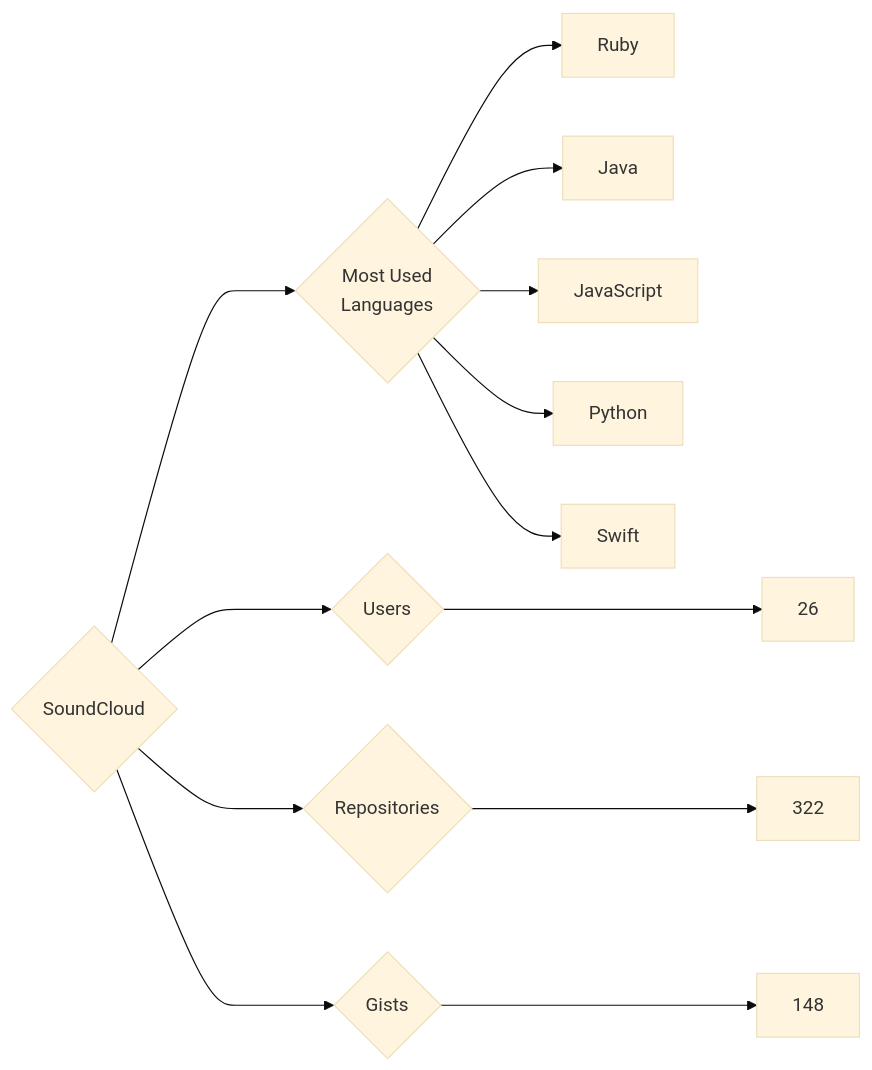
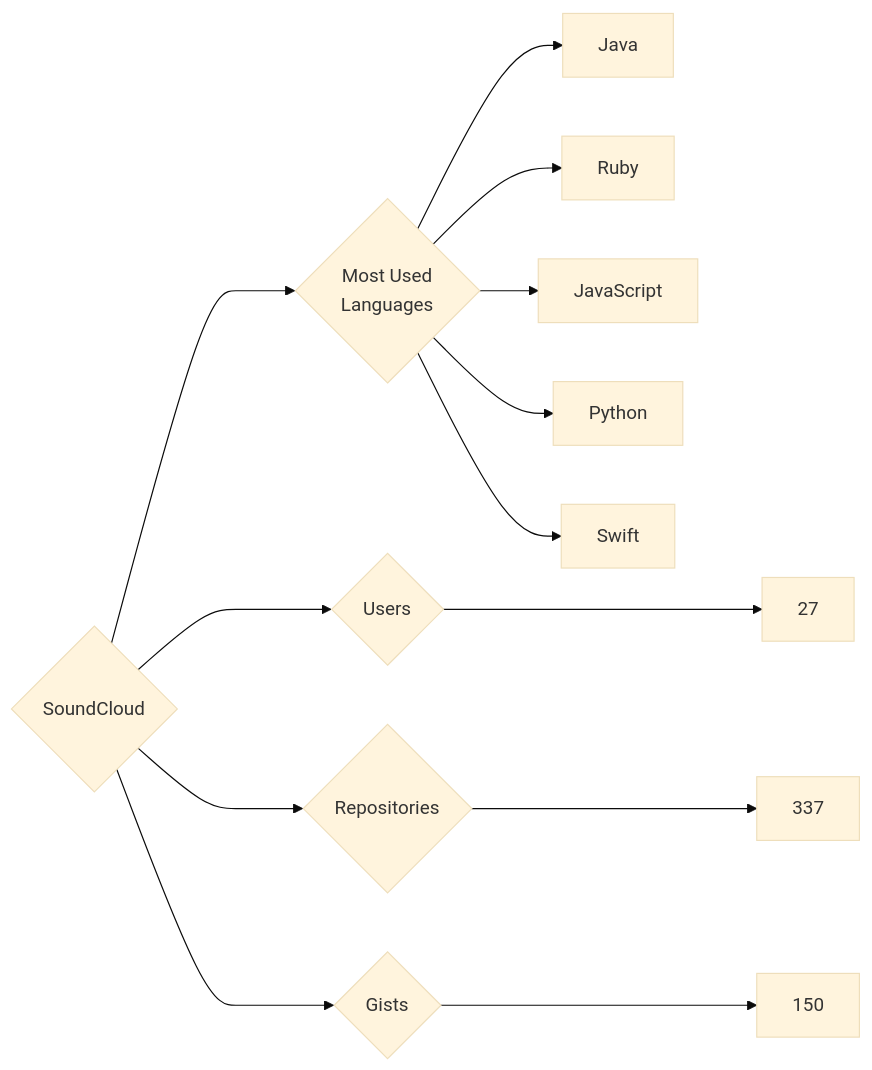
Before and after one commit to trickest/insiders: the diagram in targets/SoundCloud/README.md, drawn with Mermaid (base theme). The commit also changed 806 other files, not shown here.

````diff
--- a/targets/SoundCloud/README.md
+++ b/targets/SoundCloud/README.md
@@ -3,13 +3,13 @@
 ```mermaid
 graph LR
 COMPANY_NAME{SoundCloud}
-COMPANY_NAME ---> U{Users} ---> UN[26]
-COMPANY_NAME ---> R{Repositories} ---> RN[322]
-COMPANY_NAME ---> G{Gists} ---> GN[148]
+COMPANY_NAME ---> U{Users} ---> UN[27]
+COMPANY_NAME ---> R{Repositories} ---> RN[337]
+COMPANY_NAME ---> G{Gists} ---> GN[150]
 COMPANY_NAME ---> ML{Most Used<br>Languages}
+ML --> Java[Java]
 ML --> Ruby[Ruby]
-ML --> Java[Java]
 ML --> JavaScript[JavaScript]
 ML --> Python[Python]
 ML --> Swift[Swift]
 ```
````
